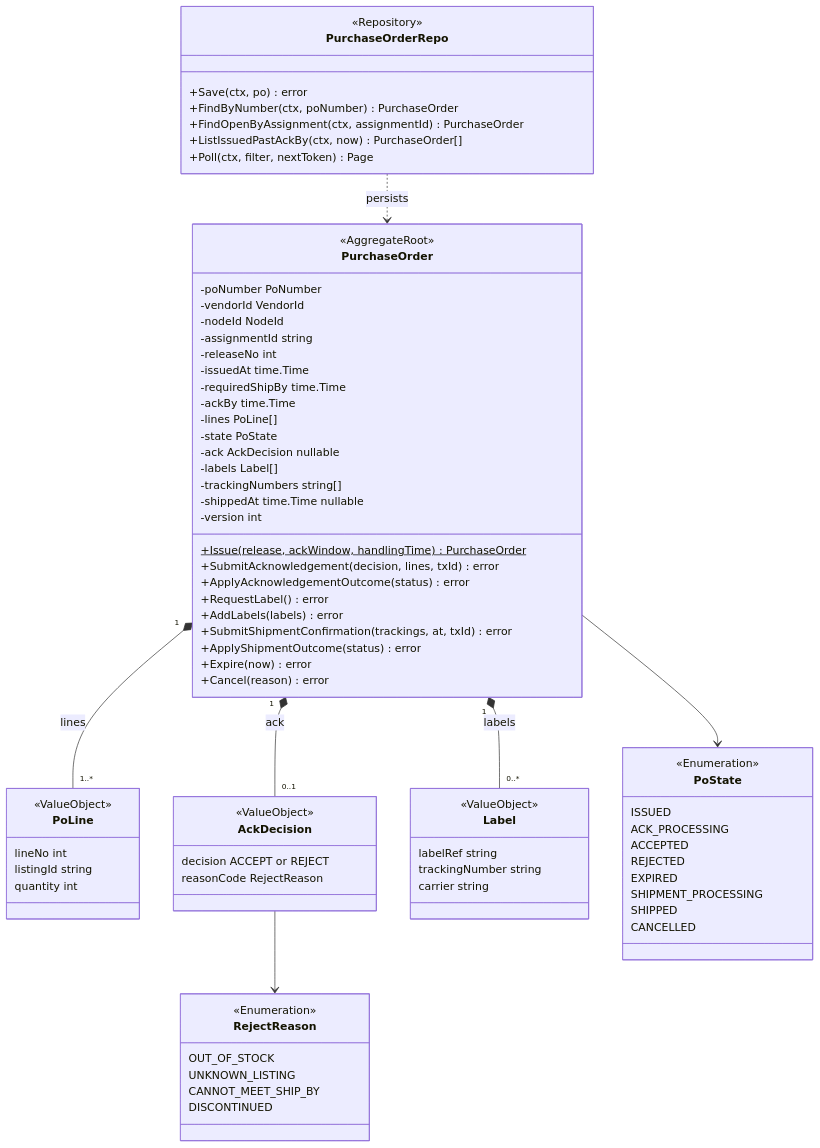
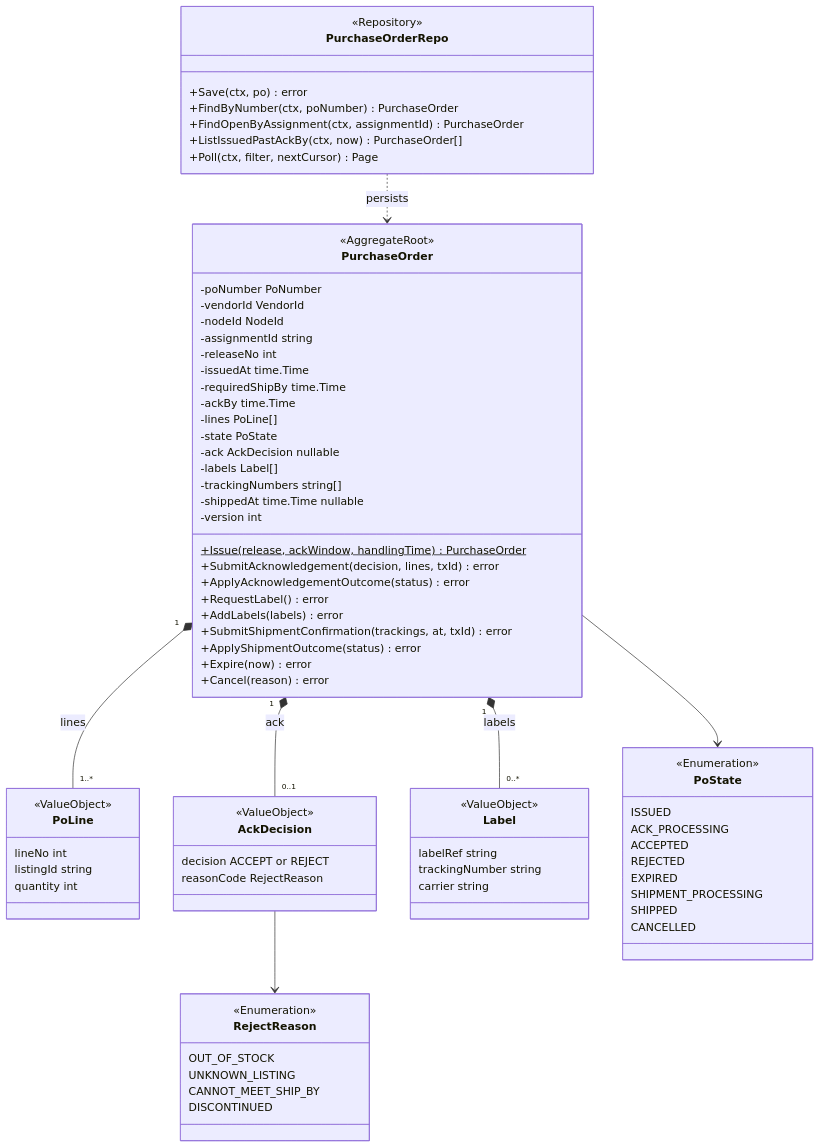
Before and after one commit to IQVO/warehouse-docs: the second of 7 diagrams in network/docs/contexts/vendor-connectivity/class-diagram.md, drawn with Mermaid. The commit also changed 272 other files, not shown here.

First line of the commit message:
docs: replace retired REST routes and vocabulary in hand-written pages (:verb routes, nextToken, X-Action-Id)

````diff
--- a/network/docs/contexts/vendor-connectivity/class-diagram.md
+++ b/network/docs/contexts/vendor-connectivity/class-diagram.md
@@ -71,80 +71,80 @@
 ```mermaid
 classDiagram
     direction TB
     class PurchaseOrder {
         <<AggregateRoot>>
         -poNumber PoNumber
         -vendorId VendorId
         -nodeId NodeId
         -assignmentId string
         -releaseNo int
         -issuedAt time.Time
         -requiredShipBy time.Time
         -ackBy time.Time
         -lines PoLine[]
         -state PoState
         -ack AckDecision nullable
         -labels Label[]
         -trackingNumbers string[]
         -shippedAt time.Time nullable
         -version int
         +Issue(release, ackWindow, handlingTime)$ PurchaseOrder
         +SubmitAcknowledgement(decision, lines, txId) error
         +ApplyAcknowledgementOutcome(status) error
         +RequestLabel() error
         +AddLabels(labels) error
         +SubmitShipmentConfirmation(trackings, at, txId) error
         +ApplyShipmentOutcome(status) error
         +Expire(now) error
         +Cancel(reason) error
     }
     class PoLine {
         <<ValueObject>>
         lineNo int
         listingId string
         quantity int
     }
     class AckDecision {
         <<ValueObject>>
         decision ACCEPT or REJECT
         reasonCode RejectReason
     }
     class Label {
         <<ValueObject>>
         labelRef string
         trackingNumber string
         carrier string
     }
     class RejectReason {
         <<Enumeration>>
         OUT_OF_STOCK
         UNKNOWN_LISTING
         CANNOT_MEET_SHIP_BY
         DISCONTINUED
     }
     class PoState {
         <<Enumeration>>
         ISSUED
         ACK_PROCESSING
         ACCEPTED
         REJECTED
         EXPIRED
         SHIPMENT_PROCESSING
         SHIPPED
         CANCELLED
     }
     class PurchaseOrderRepo {
         <<Repository>>
         +Save(ctx, po) error
         +FindByNumber(ctx, poNumber) PurchaseOrder
         +FindOpenByAssignment(ctx, assignmentId) PurchaseOrder
         +ListIssuedPastAckBy(ctx, now) PurchaseOrder[]
-        +Poll(ctx, filter, nextToken) Page
+        +Poll(ctx, filter, nextCursor) Page
     }
     PurchaseOrder "1" *-- "1..*" PoLine : lines
     PurchaseOrder "1" *-- "0..1" AckDecision : ack
     PurchaseOrder "1" *-- "0..*" Label : labels
     PurchaseOrder --> PoState
     AckDecision --> RejectReason
     PurchaseOrderRepo ..> PurchaseOrder : persists
 ```
````
